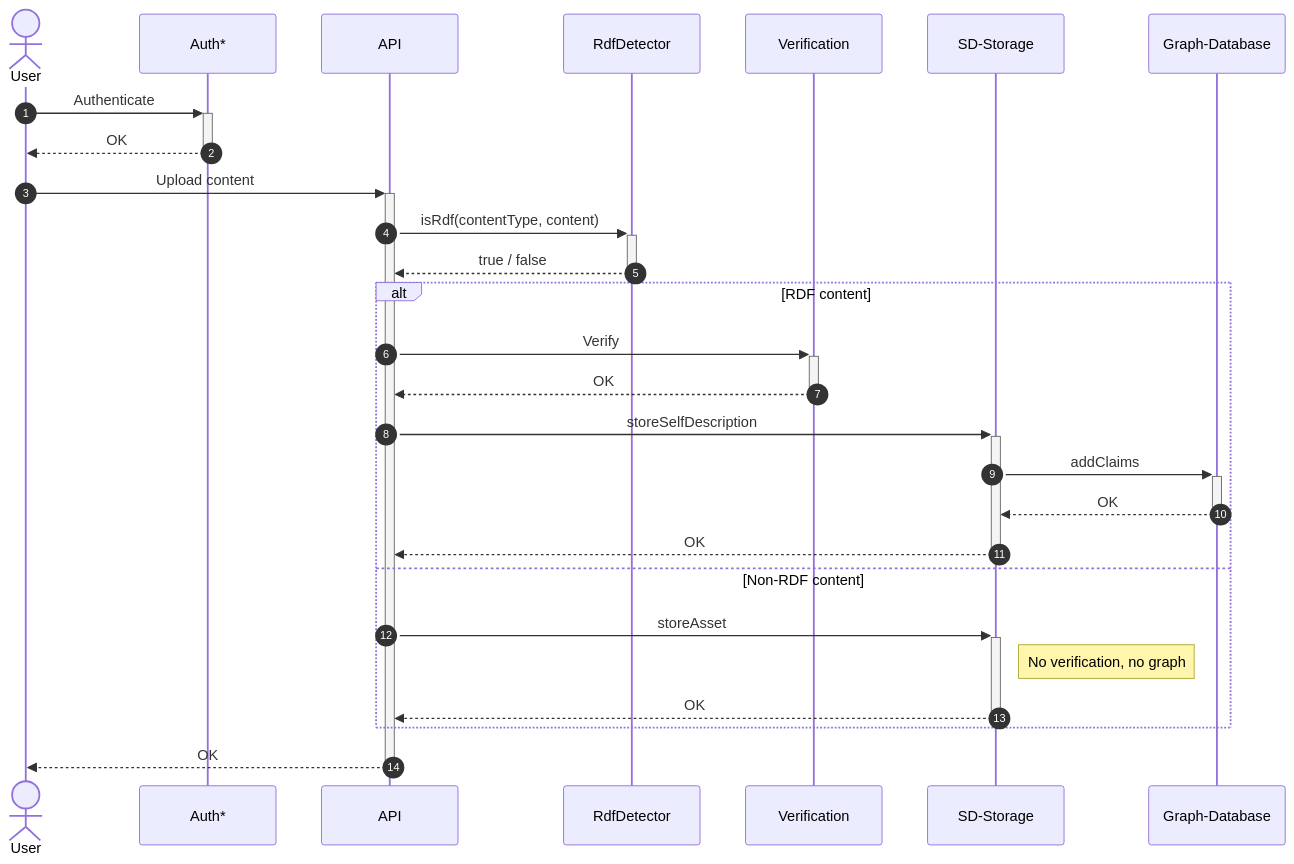
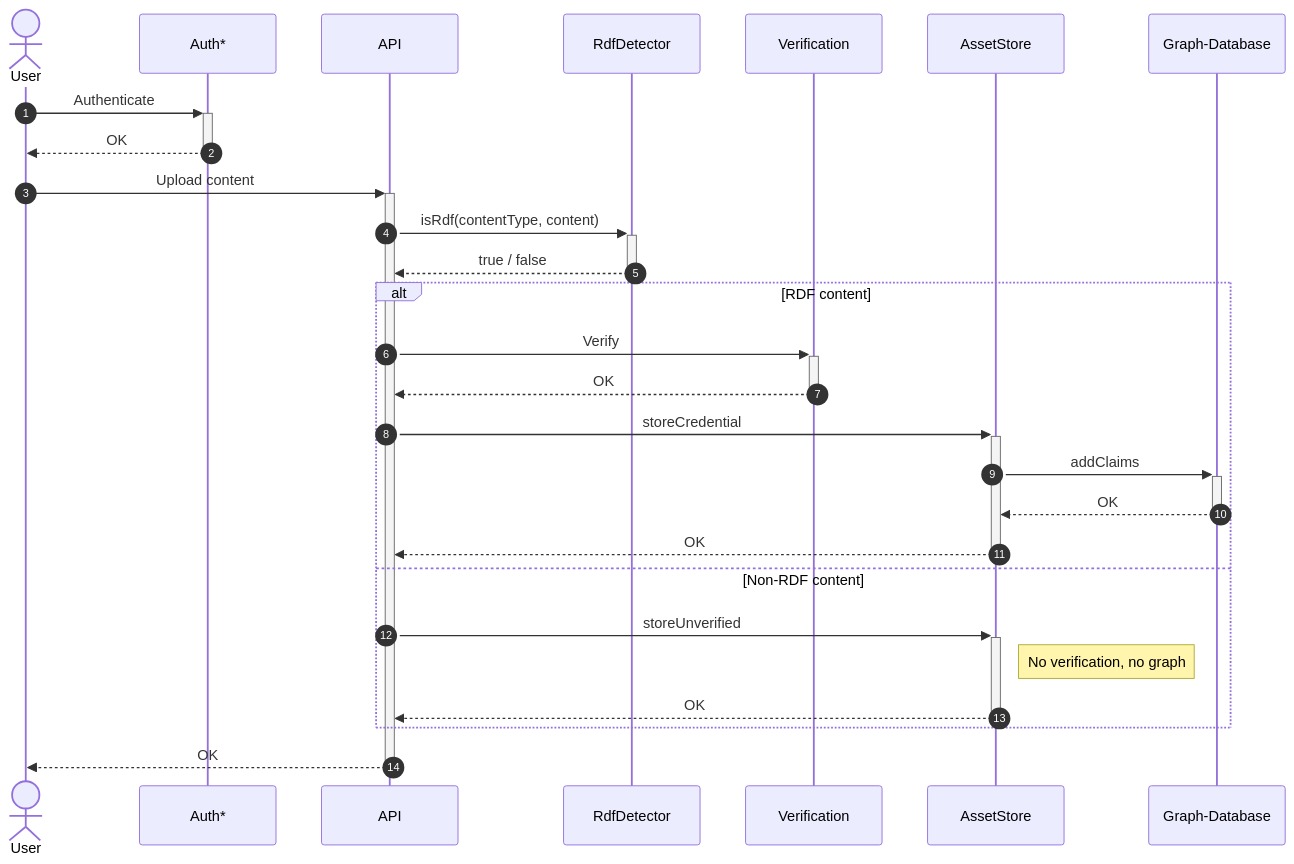
The first of 34 diagrams in federated-catalogue/src/docs/architecture/chapters/06_runtime_view.adoc (federated-catalogue-enhancements-2026/docs), drawn with Mermaid before and after one commit. The commit also changed other lines of this file and 11 other files, not shown here.

```diff
--- a/federated-catalogue/src/docs/architecture/chapters/06_runtime_view.adoc
+++ b/federated-catalogue/src/docs/architecture/chapters/06_runtime_view.adoc
@@ -20,30 +20,30 @@
 [mermaid, width=2000]
 ....
 sequenceDiagram
     autonumber
     actor User
     participant Auth as Auth*
     participant API
     participant RdfDetector
     participant Verification
-    participant SDStore as SD-Storage
+    participant AssetStore as AssetStore
     participant GraphDB as Graph-Database
     User ->> + Auth:Authenticate
     Auth -->> - User:OK
     User ->> + API:Upload content
     API ->> + RdfDetector:isRdf(contentType, content)
     RdfDetector -->> - API:true / false
     alt RDF content
         API ->> + Verification:Verify
         Verification -->> - API:OK
-        API ->> + SDStore:storeSelfDescription
-        SDStore ->> + GraphDB:addClaims
-        GraphDB -->> - SDStore:OK
-        SDStore -->> - API:OK
+        API ->> + AssetStore:storeCredential
+        AssetStore ->> + GraphDB:addClaims
+        GraphDB -->> - AssetStore:OK
+        AssetStore -->> - API:OK
     else Non-RDF content
-        API ->> + SDStore:storeAsset
-        Note right of SDStore: No verification, no graph
-        SDStore -->> - API:OK
+        API ->> + AssetStore:storeUnverified
+        Note right of AssetStore: No verification, no graph
+        AssetStore -->> - API:OK
     end
     API -->> - User:OK
 ....
```
